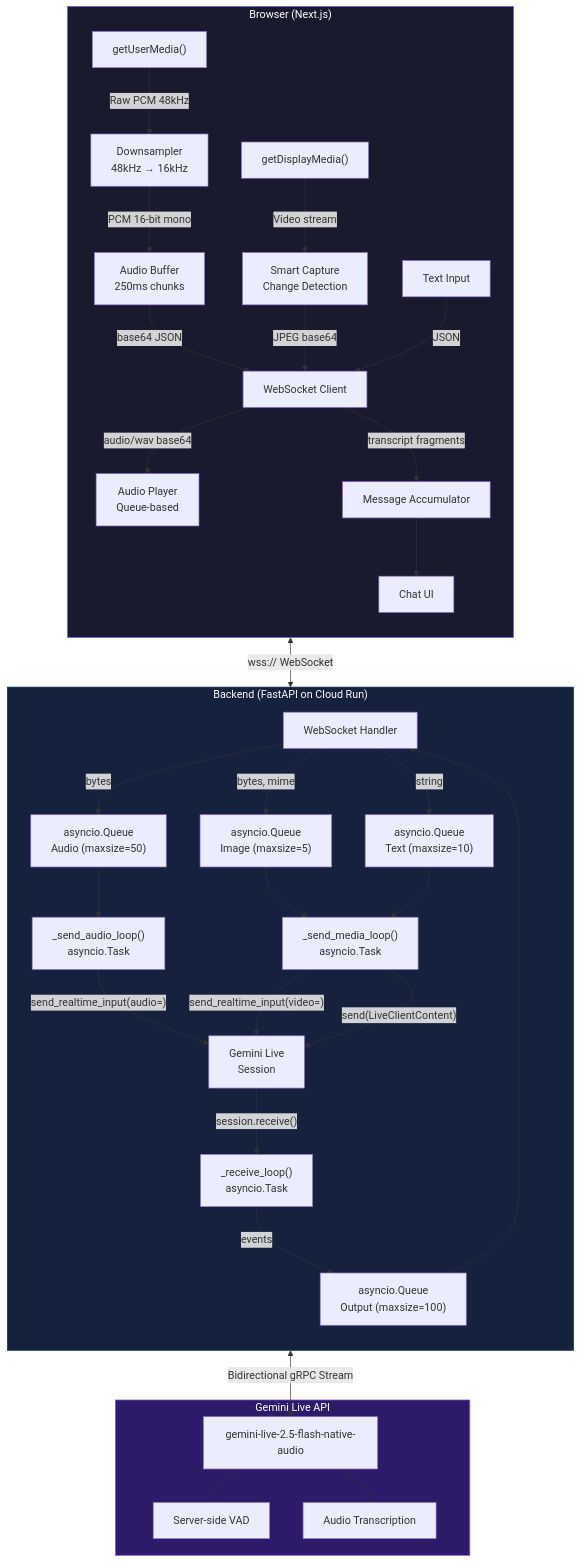
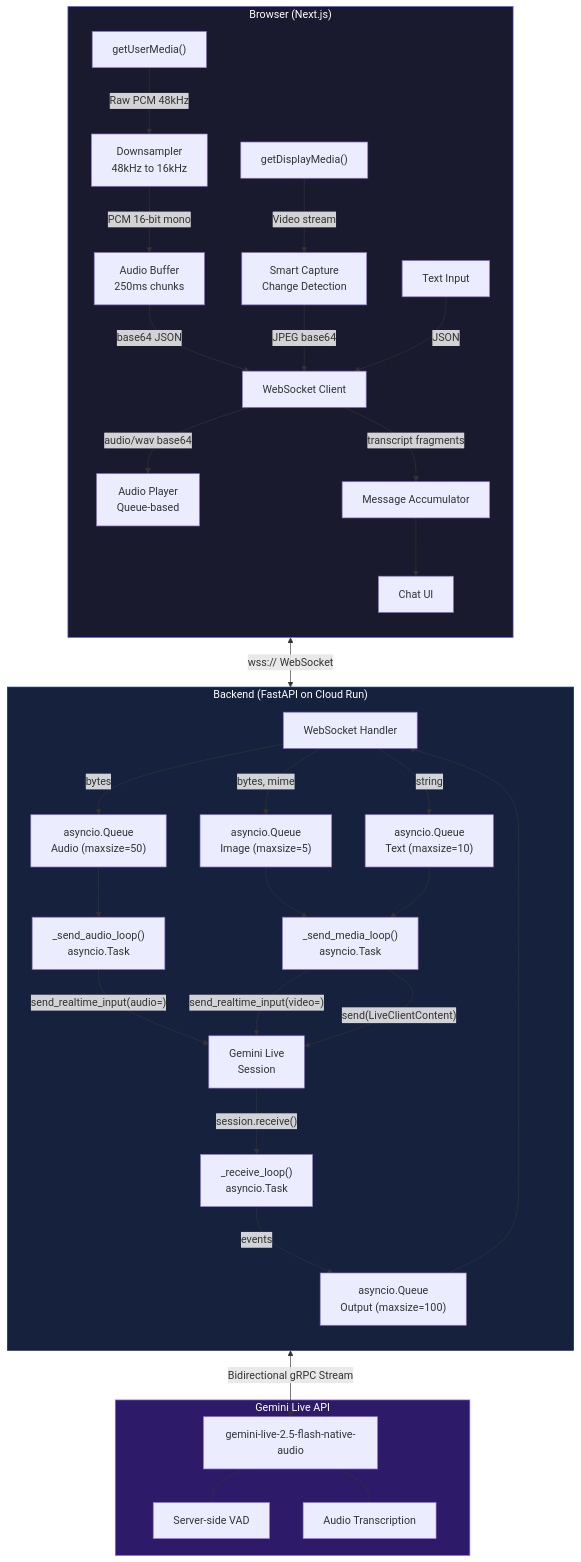
Before and after one commit to N-45div/Polyglot: the first of 5 diagrams in ARCHITECTURE.md, drawn with Mermaid. The commit also changed other lines of this file, not shown here.

Commit message:
fix: Mermaid diagram syntax for GitHub rendering

````diff
--- a/ARCHITECTURE.md
+++ b/ARCHITECTURE.md
@@ -7,52 +7,52 @@
 ```mermaid
 flowchart TB
     subgraph Client["Browser (Next.js)"]
         direction TB
-        A1["getUserMedia()"] -->|Raw PCM 48kHz| A2["Downsampler\n48kHz → 16kHz"]
+        A1["getUserMedia()"] -->|Raw PCM 48kHz| A2["Downsampler\n48kHz to 16kHz"]
         A2 -->|PCM 16-bit mono| A3["Audio Buffer\n250ms chunks"]
         A3 -->|base64 JSON| WS_C["WebSocket Client"]
         
         S1["getDisplayMedia()"] -->|Video stream| S2["Smart Capture\nChange Detection"]
         S2 -->|JPEG base64| WS_C
         
         T1["Text Input"] -->|JSON| WS_C
         
         WS_C -->|audio/wav base64| P1["Audio Player\nQueue-based"]
         WS_C -->|transcript fragments| P2["Message Accumulator"]
         P2 --> P3["Chat UI"]
     end
 
     subgraph Server["Backend (FastAPI on Cloud Run)"]
         direction TB
         WS_S["WebSocket Handler"] -->|bytes| AQ["asyncio.Queue\nAudio (maxsize=50)"]
         WS_S -->|bytes, mime| IQ["asyncio.Queue\nImage (maxsize=5)"]
         WS_S -->|string| TQ["asyncio.Queue\nText (maxsize=10)"]
         
         AQ --> SAL["_send_audio_loop()\nasyncio.Task"]
         IQ --> SML["_send_media_loop()\nasyncio.Task"]
         TQ --> SML
         
         SAL -->|"send_realtime_input(audio=)"| GS["Gemini Live\nSession"]
         SML -->|"send_realtime_input(video=)"| GS
         SML -->|"send(LiveClientContent)"| GS
         
         GS -->|"session.receive()"| RL["_receive_loop()\nasyncio.Task"]
         RL -->|events| OQ["asyncio.Queue\nOutput (maxsize=100)"]
         OQ --> WS_S
     end
 
     subgraph Gemini["Gemini Live API"]
         GL["gemini-live-2.5-flash-native-audio"]
         VAD["Server-side VAD"]
         AT["Audio Transcription"]
         GL --- VAD
         GL --- AT
     end
 
     WS_C <-->|"wss:// WebSocket"| WS_S
     GS <-->|"Bidirectional gRPC Stream"| GL
 
     style Client fill:#1a1a2e,stroke:#6c63ff,color:#fff
     style Server fill:#16213e,stroke:#0f3460,color:#fff
     style Gemini fill:#2d1b69,stroke:#8b5cf6,color:#fff
 ```
````
